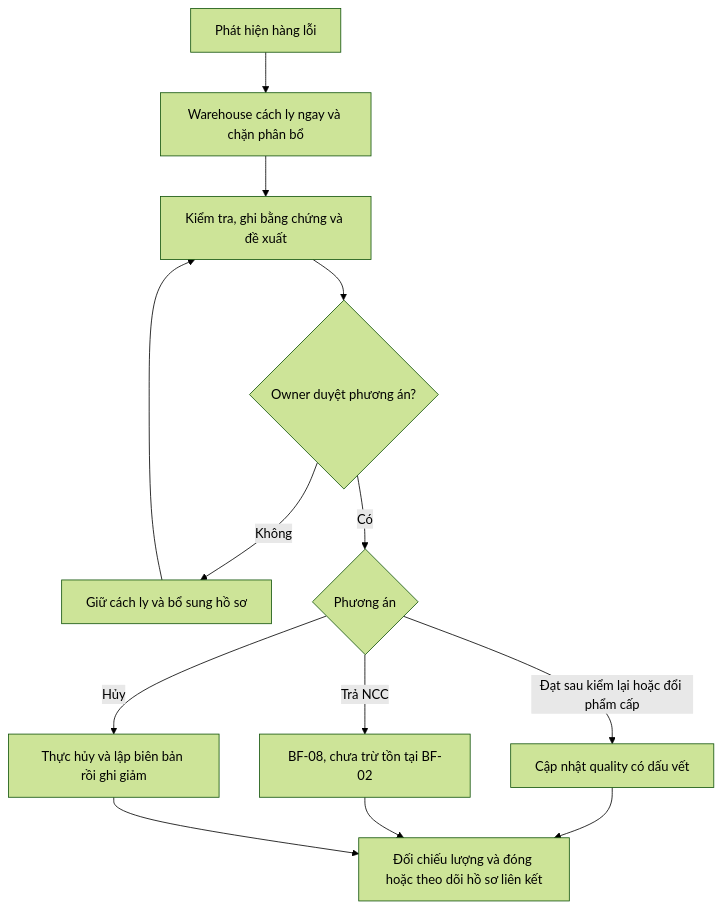
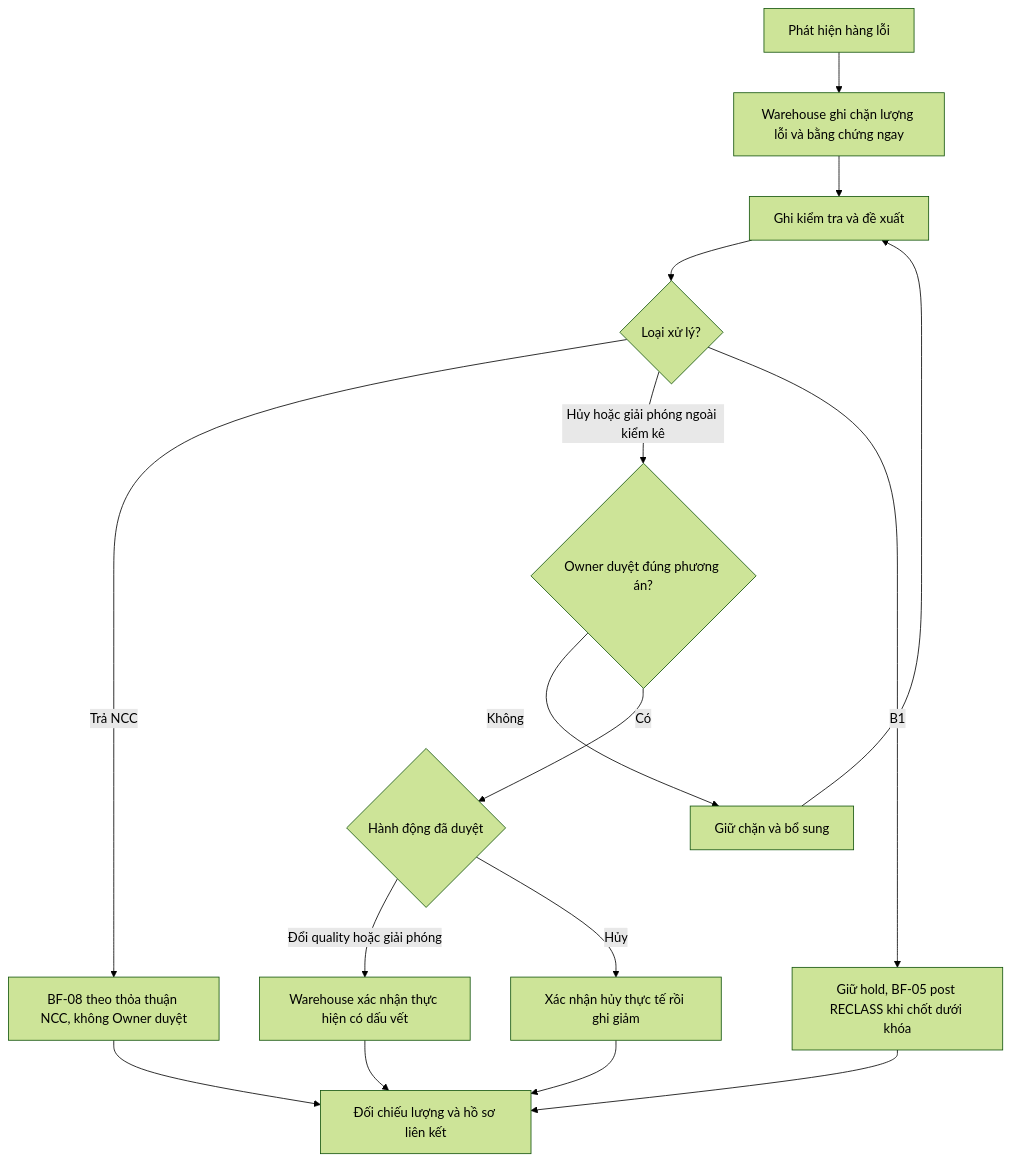
One commit to minhbach032003/docs_doan changed the third of 9 diagrams in docs/02_nghiep_vu/de_xuat_quy_trinh_2_VI.md. Above: the diagram before and after it, drawn with Mermaid (forest theme). The commit also changed other lines of this file and 3 other files, not shown here.

````diff
--- a/docs/02_nghiep_vu/de_xuat_quy_trinh_2_VI.md
+++ b/docs/02_nghiep_vu/de_xuat_quy_trinh_2_VI.md
@@ -679,15 +690,18 @@
 ```mermaid
 flowchart TD
- A[Phát hiện hàng lỗi] --> B[Warehouse cách ly ngay và chặn phân bổ]
- B --> C[Kiểm tra, ghi bằng chứng và đề xuất]
- C --> D{Owner duyệt phương án?}
- D -->|Không| E[Giữ cách ly và bổ sung hồ sơ]
+ A[Phát hiện hàng lỗi] --> B[Warehouse ghi chặn lượng lỗi và bằng chứng ngay]
+ B --> C[Ghi kiểm tra và đề xuất]
+ C --> X{Loại xử lý?}
+ X -->|Trả NCC| H[BF-08 theo thỏa thuận NCC, không Owner duyệt]
+ X -->|Hủy hoặc giải phóng ngoài kiểm kê| D{Owner duyệt đúng phương án?}
+ D -->|Không| E[Giữ chặn và bổ sung]
  E --> C
- D -->|Có| F{Phương án}
- F -->|Đạt sau kiểm lại hoặc đổi phẩm cấp| G[Cập nhật quality có dấu vết]
- F -->|Trả NCC| H[BF-08, chưa trừ tồn tại BF-02]
- F -->|Hủy| I[Thực hủy và lập biên bản rồi ghi giảm]
- G --> J[Đối chiếu lượng và đóng hoặc theo dõi hồ sơ liên kết]
+ D -->|Có| F{Hành động đã duyệt}
+ F -->|Đổi quality hoặc giải phóng| G[Warehouse xác nhận thực hiện có dấu vết]
+ F -->|Hủy| I[Xác nhận hủy thực tế rồi ghi giảm]
+ X -->|B1| K[Giữ hold, BF-05 post RECLASS khi chốt dưới khóa]
+ G --> J[Đối chiếu lượng và hồ sơ liên kết]
  H --> J
  I --> J
+ K --> J
 ```
````
